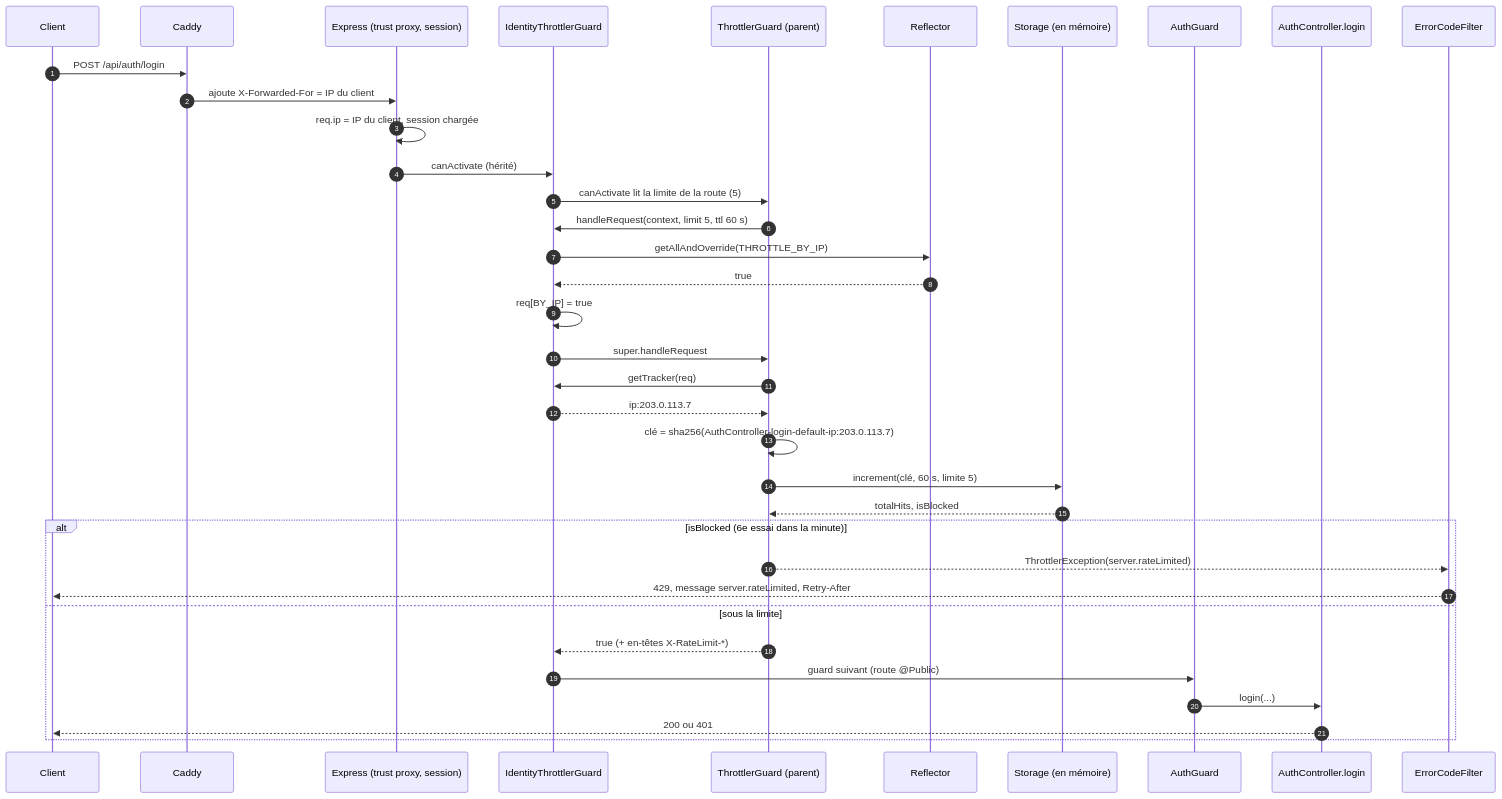
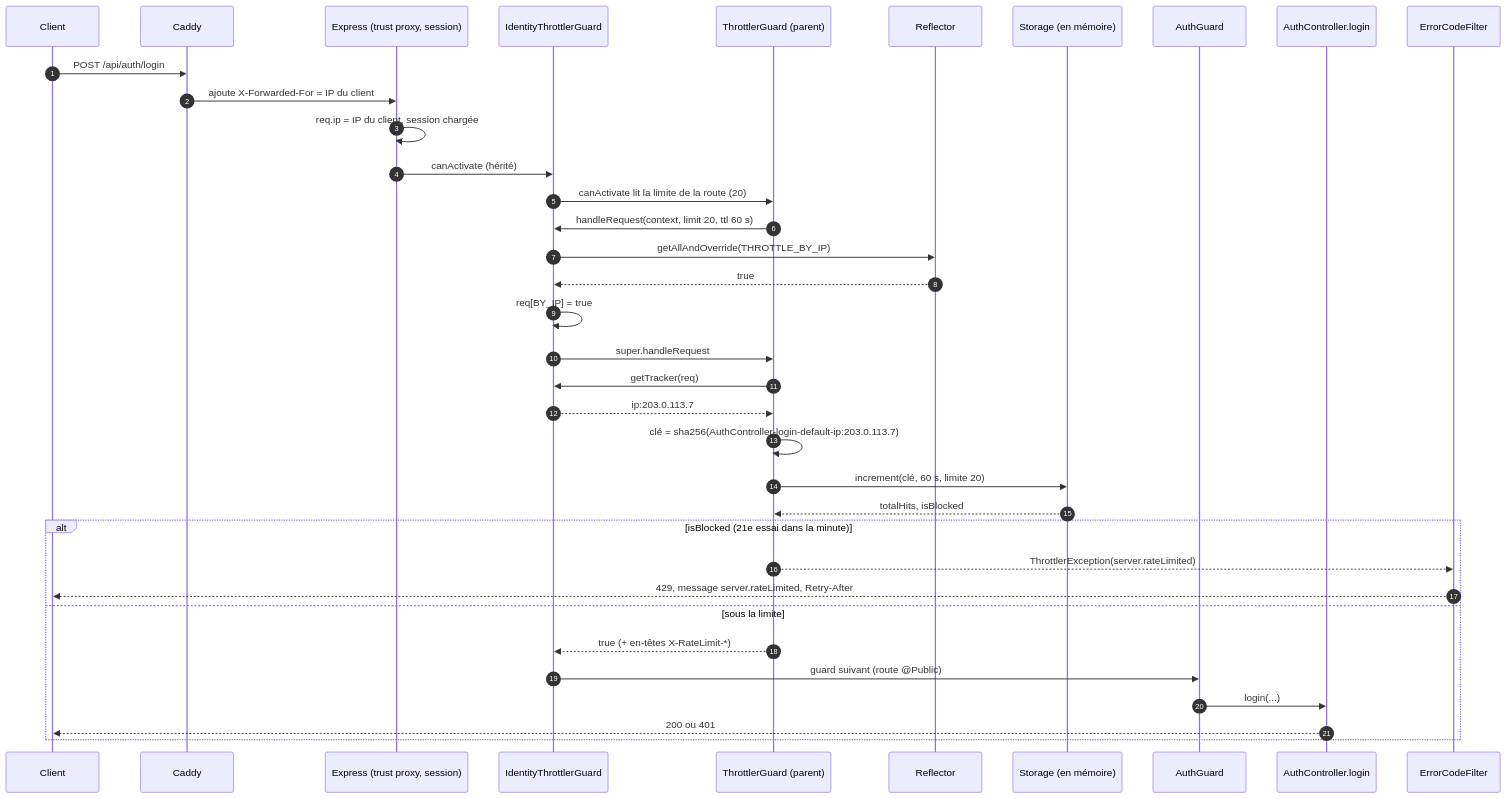
One commit to VictorBro/ft_transcendence changed the second of 3 diagrams in docs/transcendence-course/endrit/throttler/README.md. Above: the diagram before and after it, drawn with Mermaid. The commit also changed other lines of this file and 223 other files, not shown here.

````diff
--- a/docs/transcendence-course/endrit/throttler/README.md
+++ b/docs/transcendence-course/endrit/throttler/README.md
@@ -146,39 +146,39 @@
 ```mermaid
 sequenceDiagram
   autonumber
   participant C as Client
   participant CA as Caddy
   participant EX as Express (trust proxy, session)
   participant G as IdentityThrottlerGuard
   participant TG as ThrottlerGuard (parent)
   participant R as Reflector
   participant ST as Storage (en mémoire)
   participant AU as AuthGuard
   participant AC as AuthController.login
   participant F as ErrorCodeFilter
 
   C->>CA: POST /api/auth/login
   CA->>EX: ajoute X-Forwarded-For = IP du client
   EX->>EX: req.ip = IP du client, session chargée
   EX->>G: canActivate (hérité)
-  G->>TG: canActivate lit la limite de la route (5)
-  TG->>G: handleRequest(context, limit 5, ttl 60 s)
+  G->>TG: canActivate lit la limite de la route (20)
+  TG->>G: handleRequest(context, limit 20, ttl 60 s)
   G->>R: getAllAndOverride(THROTTLE_BY_IP)
   R-->>G: true
   G->>G: req[BY_IP] = true
   G->>TG: super.handleRequest
   TG->>G: getTracker(req)
   G-->>TG: ip:203.0.113.7
   TG->>TG: clé = sha256(AuthController-login-default-ip:203.0.113.7)
-  TG->>ST: increment(clé, 60 s, limite 5)
+  TG->>ST: increment(clé, 60 s, limite 20)
   ST-->>TG: totalHits, isBlocked
-  alt isBlocked (6e essai dans la minute)
+  alt isBlocked (21e essai dans la minute)
     TG-->>F: ThrottlerException(server.rateLimited)
     F-->>C: 429, message server.rateLimited, Retry-After
   else sous la limite
     TG-->>G: true (+ en-têtes X-RateLimit-*)
     G->>AU: guard suivant (route @Public)
     AU->>AC: login(...)
     AC-->>C: 200 ou 401
   end
 ```
````
